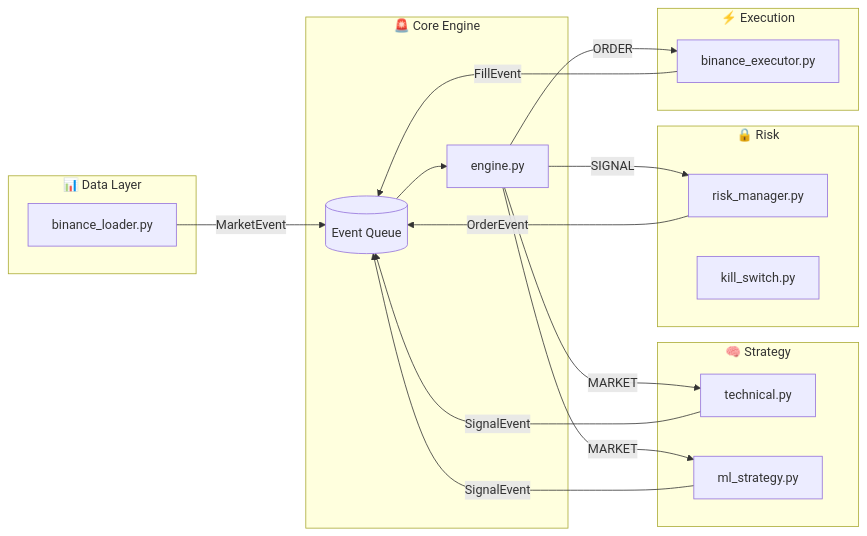
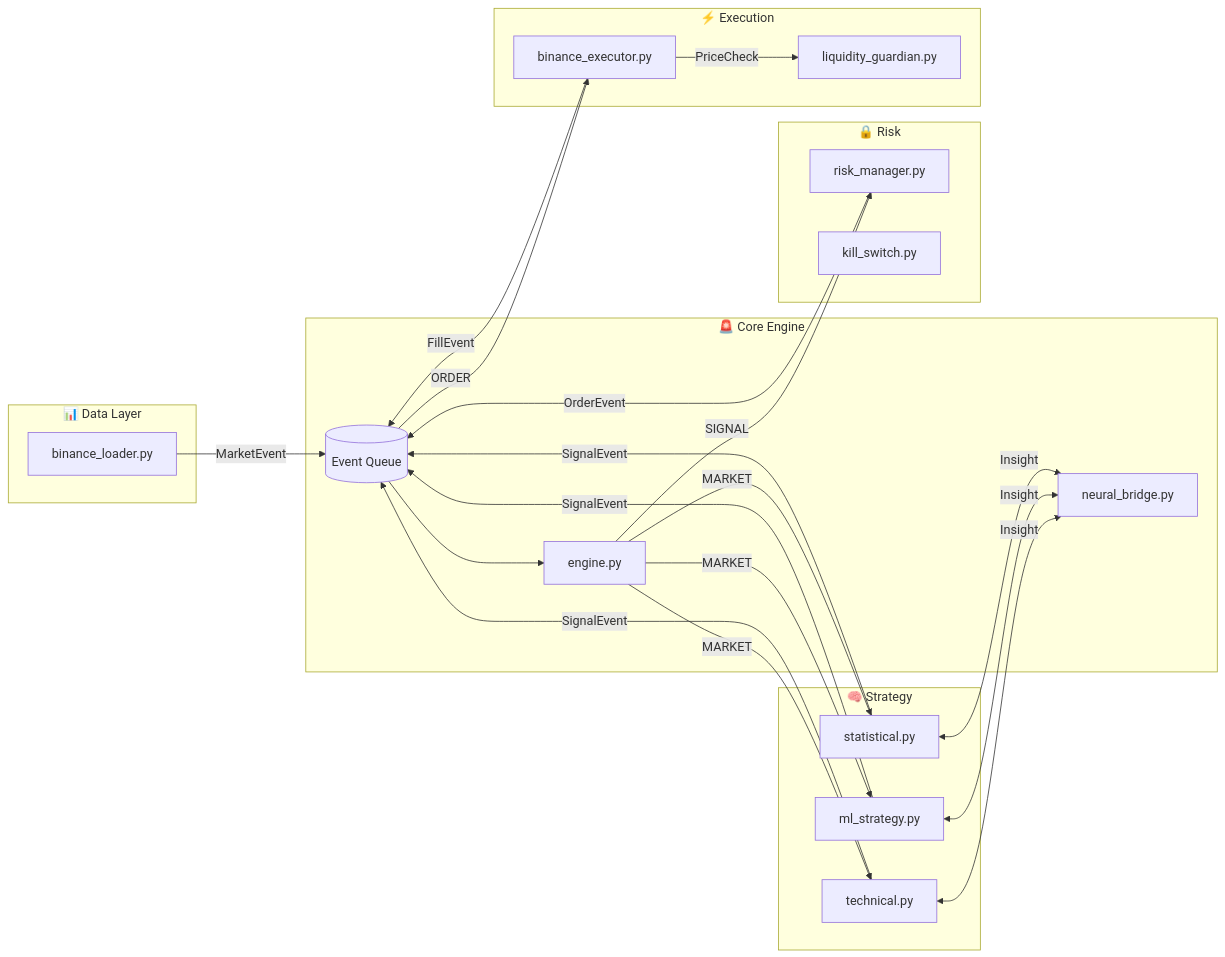
Before and after one commit to Jhona-la/Trader-Gemini: the first of 4 diagrams in docs/ARCHITECTURE.md, drawn with Mermaid. The commit also changed other lines of this file and 104 other files, not shown here.

````diff
--- a/docs/ARCHITECTURE.md
+++ b/docs/ARCHITECTURE.md
@@ -72,34 +75,44 @@
 ```mermaid
 flowchart LR
     subgraph Data["📊 Data Layer"]
         BL[binance_loader.py]
     end
     
     subgraph Core["🚨 Core Engine"]
         EQ[(Event Queue)]
         EN[engine.py]
+        NB[neural_bridge.py]
     end
     
     subgraph Strategy["🧠 Strategy"]
         TS[technical.py]
         ML[ml_strategy.py]
+        ST[statistical.py]
     end
     
     subgraph Risk["🔒 Risk"]
         RM[risk_manager.py]
         KS[kill_switch.py]
     end
     
     subgraph Exec["⚡ Execution"]
         BE[binance_executor.py]
+        LG[liquidity_guardian.py]
     end
     
     BL -->|MarketEvent| EQ
     EQ --> EN
-    EN -->|MARKET| TS & ML
-    TS & ML -->|SignalEvent| EQ
+    EN -->|MARKET| TS & ML & ST
+    
+    TS & ML & ST <-->|Insight| NB
+    
+    TS -->|SignalEvent| EQ
+    ML -->|SignalEvent| EQ
+    ST -->|SignalEvent| EQ
+    
     EN -->|SIGNAL| RM
     RM -->|OrderEvent| EQ
-    EN -->|ORDER| BE
+    EQ -->|ORDER| BE
+    BE -->|PriceCheck| LG
     BE -->|FillEvent| EQ
 ```
````
